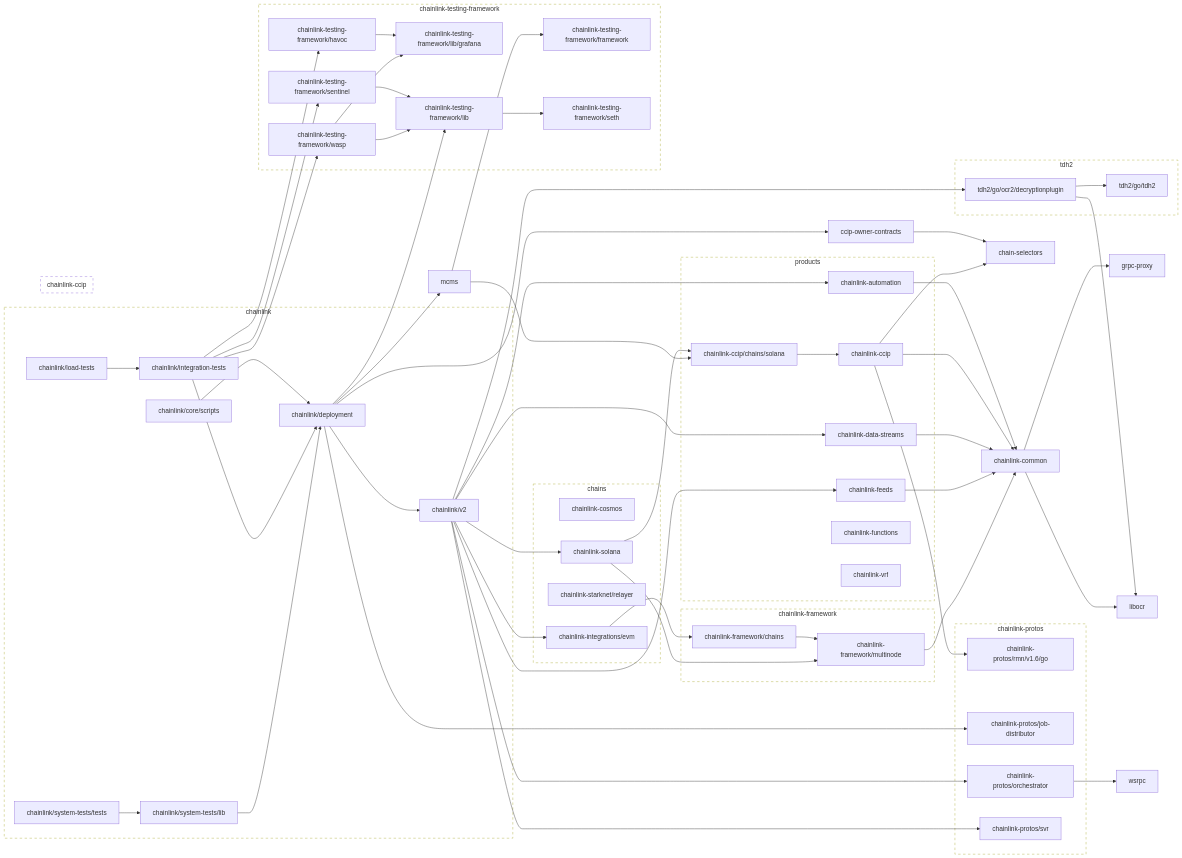
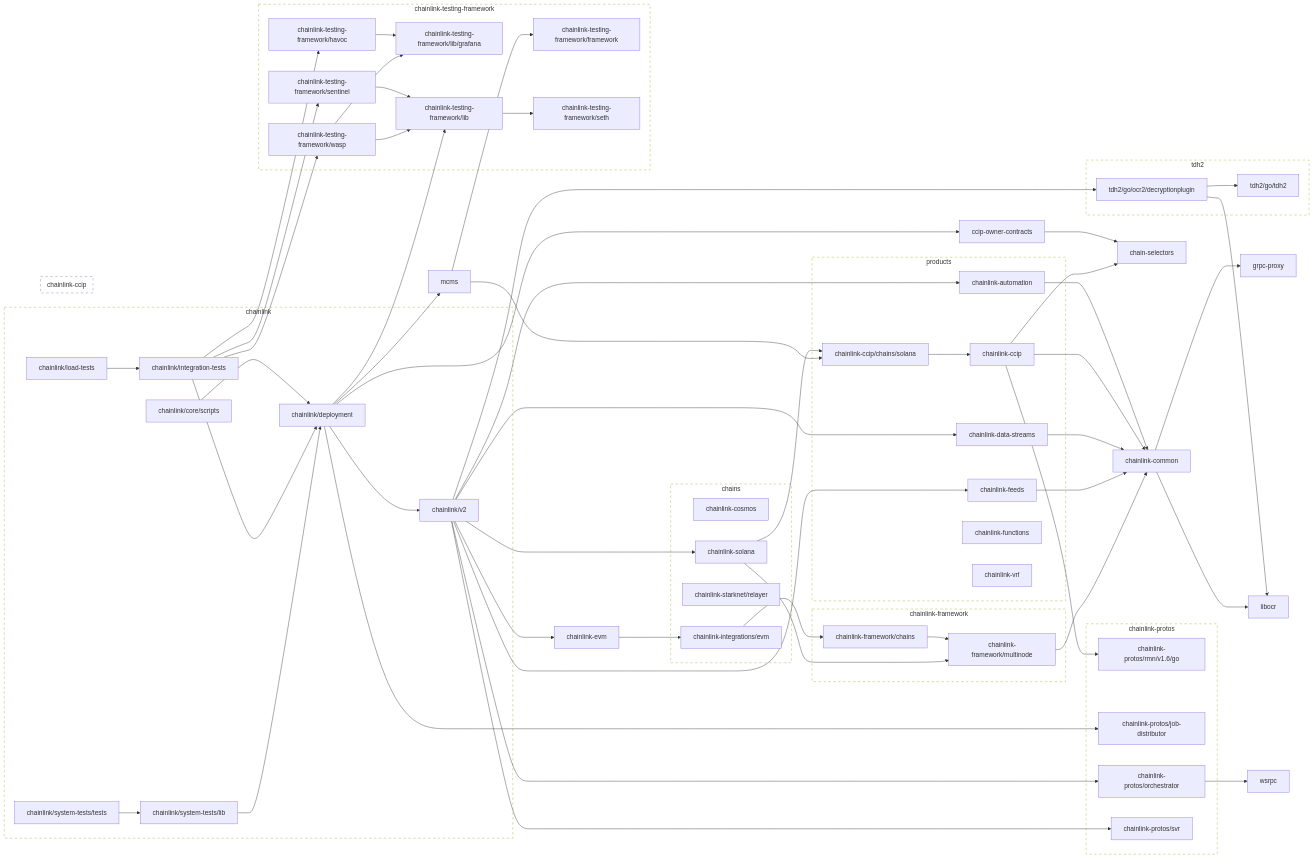
One commit to smartcontractkit/chainlink changed the second of 2 diagrams in go.md. Above: the diagram before and after it, drawn with Mermaid. The commit also changed other lines of this file, not shown here.

Commit message:
Run `make generate`.

```diff
--- a/go.md
+++ b/go.md
@@ -143,6 +145,8 @@
 	click chainlink-common href "https://github.com/smartcontractkit/chainlink-common"
 	chainlink-data-streams --> chainlink-common
 	click chainlink-data-streams href "https://github.com/smartcontractkit/chainlink-data-streams"
+	chainlink-evm --> chainlink-integrations/evm
+	click chainlink-evm href "https://github.com/smartcontractkit/chainlink-evm"
 	chainlink-feeds --> chainlink-common
 	click chainlink-feeds href "https://github.com/smartcontractkit/chainlink-feeds"
 	chainlink-framework/chains --> chainlink-framework/multinode
@@ -198,8 +202,8 @@
 	click chainlink/system-tests/tests href "https://github.com/smartcontractkit/chainlink"
 	chainlink/v2 --> chainlink-automation
 	chainlink/v2 --> chainlink-data-streams
+	chainlink/v2 --> chainlink-evm
 	chainlink/v2 --> chainlink-feeds
-	chainlink/v2 --> chainlink-integrations/evm
 	chainlink/v2 --> chainlink-protos/orchestrator
 	chainlink/v2 --> chainlink-protos/svr
 	chainlink/v2 --> chainlink-solana
```
